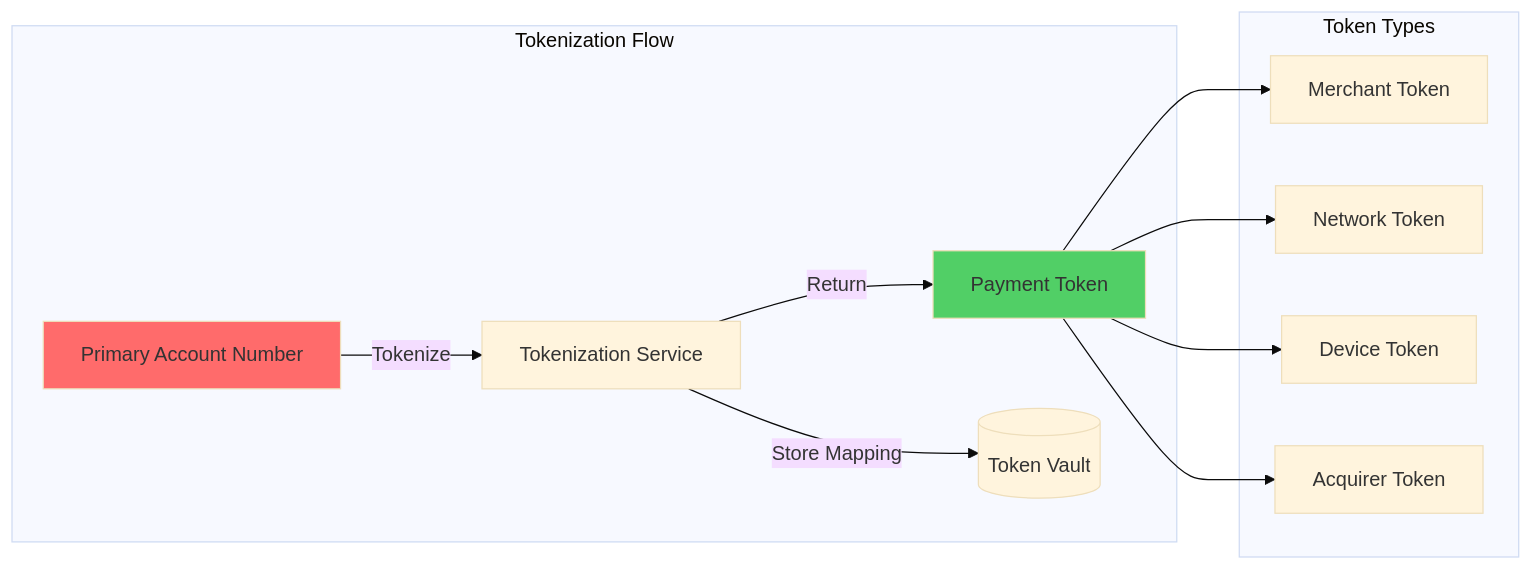
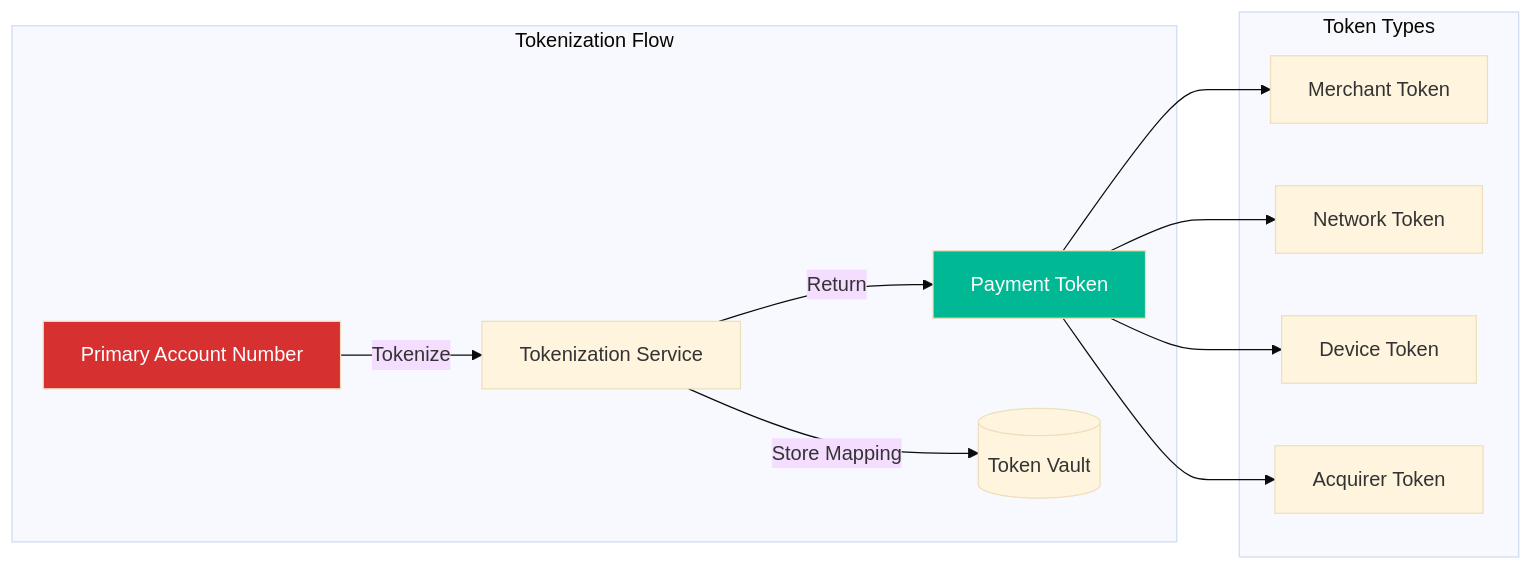
Diagram 15 of 22 in architecture-general/09-industry-specialized-architectures/9.1.1-financial-services-architecture/9.1.1.1-credit-card-transaction-system-architecture.md (gurkanindibay/azure_learning), drawn with Mermaid (base theme) before and after one commit. The commit also changed 7 other files, not shown here.

Commit message:
Add accessibility guidelines for diagrams and documentation

````diff
--- a/architecture-general/09-industry-specialized-architectures/9.1.1-financial-services-architecture/9.1.1.1-credit-card-transaction-system-architecture.md
+++ b/architecture-general/09-industry-specialized-architectures/9.1.1-financial-services-architecture/9.1.1.1-credit-card-transaction-system-architecture.md
@@ -1245,28 +1245,28 @@
 ```mermaid
 flowchart LR
     subgraph "Tokenization Flow"
         PAN[Primary Account Number]
         TOKENIZE[Tokenization Service]
         TOKEN[Payment Token]
         VAULT[(Token Vault)]
     end
     
     subgraph "Token Types"
         MERCHANT[Merchant Token]
         NETWORK[Network Token]
         DEVICE[Device Token]
         ACQUIRER[Acquirer Token]
     end
     
     PAN -->|Tokenize| TOKENIZE
     TOKENIZE -->|Store Mapping| VAULT
     TOKENIZE -->|Return| TOKEN
     
     TOKEN --> MERCHANT
     TOKEN --> NETWORK
     TOKEN --> DEVICE
     TOKEN --> ACQUIRER
     
-    style PAN fill:#ff6b6b
-    style TOKEN fill:#51cf66
+    style PAN fill:#d63031,color:#ffffff
+    style TOKEN fill:#00b894,color:#ffffff
 ```
````
